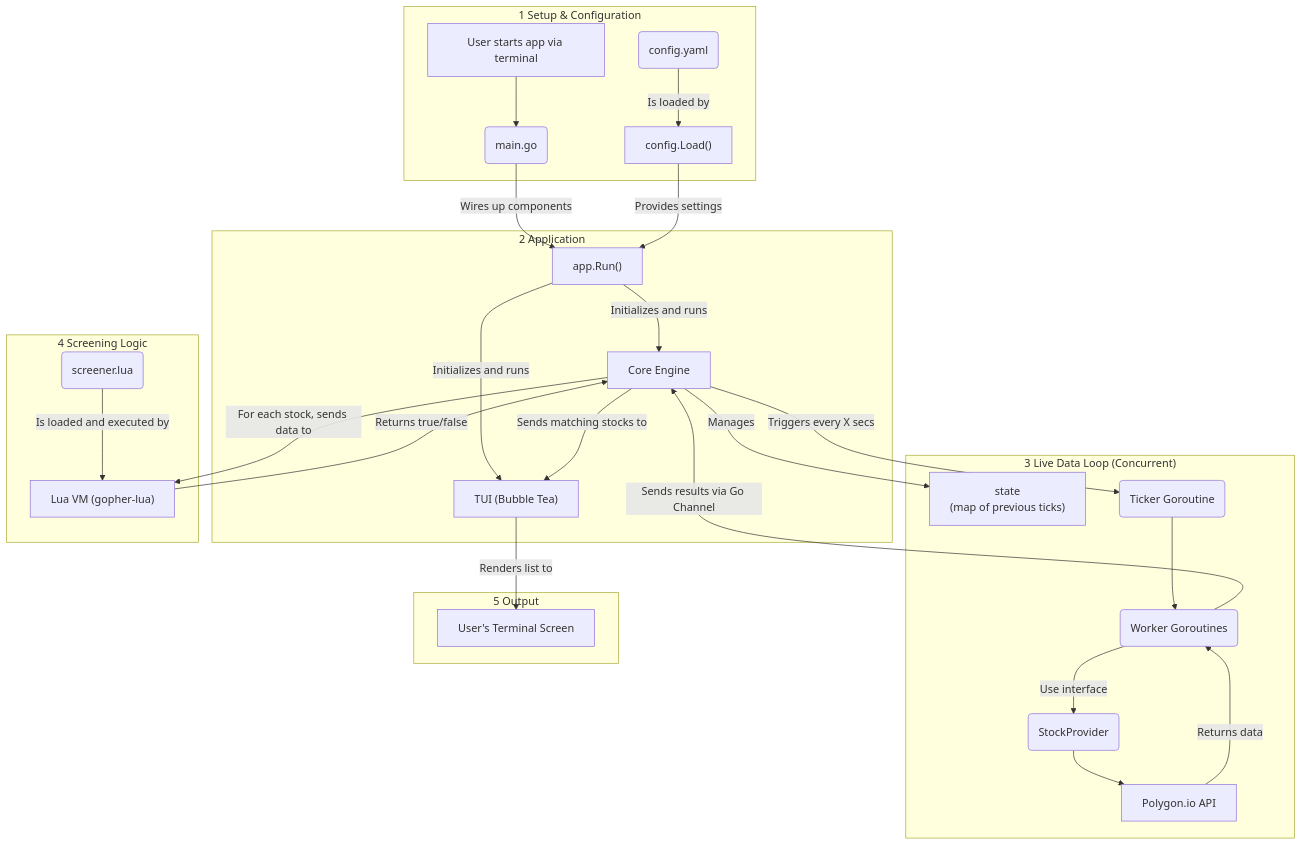
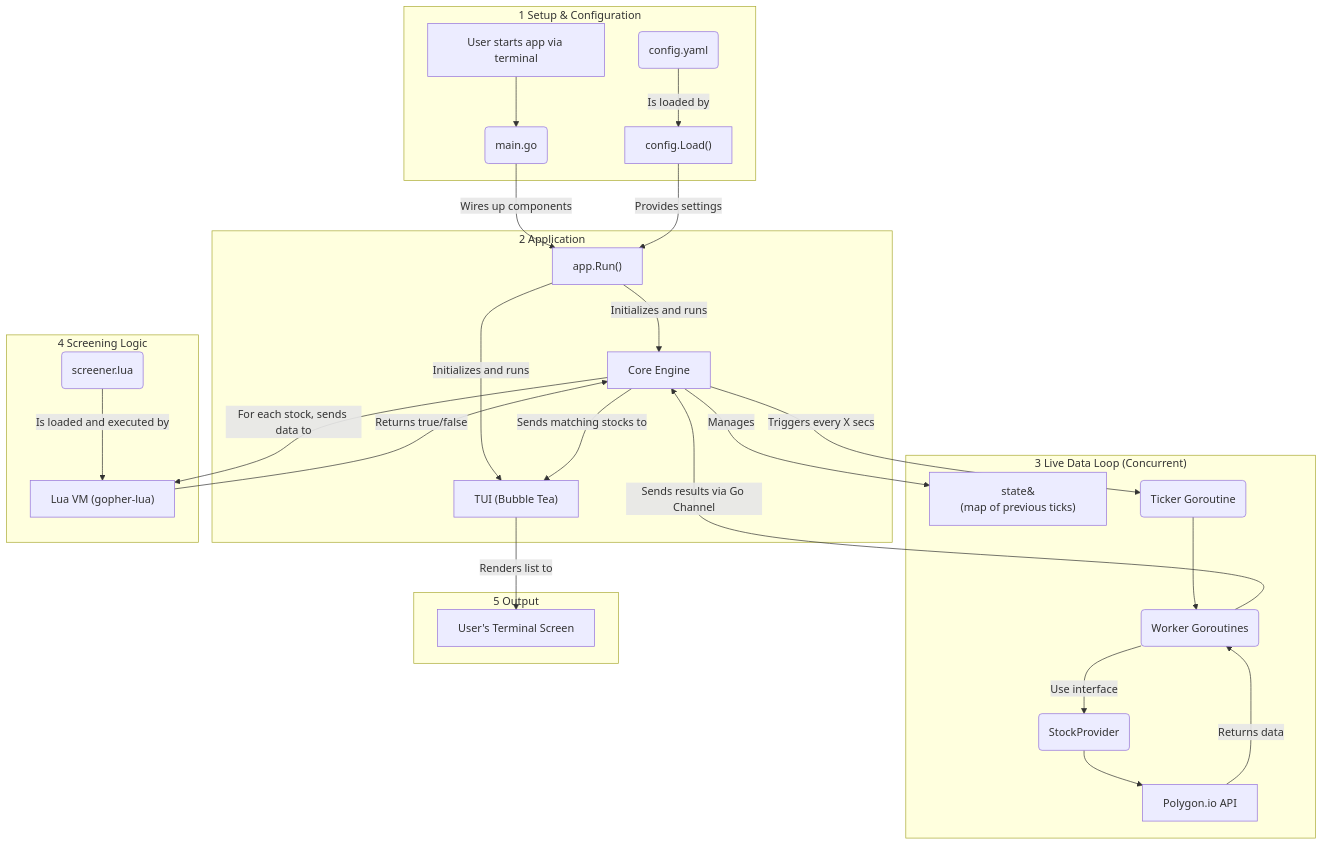
One commit to binarypath/stocktopus changed the diagram in README.md. Above: the diagram before and after it, drawn with Mermaid. The commit also changed other lines of this file, not shown here.

````diff
--- a/README.md
+++ b/README.md
@@ -35,32 +27,31 @@
 ```mermaid
 graph TD
-    subgraph "`1 Setup & Configuration`"
-        A["User starts app via terminal"] --> B("`main.go`")
-        C("config.yaml") -- "Is loaded by" --> D["`config.Load()`"]
+    subgraph "1 Setup & Configuration"
+        A["User starts app via terminal"] --> B("`main.go`");
+        C("config.yaml") -- "Is loaded by" --> D["`config.Load()`"];
     end
-    subgraph "`2 Application`"
+    subgraph "2 Application"
         B -- "Wires up components" --> E["`app.Run()`"];
         D -- "Provides settings" --> E;
         E -- "Initializes and runs" --> F["TUI (Bubble Tea)"];
         E -- "Initializes and runs" --> G["Core Engine"];
     end
-    subgraph "`3 Live Data Loop (Concurrent)`"
-        G -- "Manages" --> H["`state
-(map of previous ticks)`"];
+    subgraph "3 Live Data Loop (Concurrent)"
+        G -- "Manages" --> H["`state&#10;(map of previous ticks)`"];
         G -- "Triggers every X secs" --> I("Ticker Goroutine");
         I --> J("Worker Goroutines");
         J -- "Use interface" --> K("StockProvider");
         K --> L["Polygon.io API"];
         L -- "Returns data" --> J;
         J -- "Sends results via Go Channel" --> G;
     end
-    subgraph "`4 Screening Logic`"
+    subgraph "4 Screening Logic"
         G -- "For each stock, sends data to" --> M["Lua VM (gopher-lua)"];
         N("screener.lua") -- "Is loaded and executed by" --> M;
         M -- "Returns true/false" --> G;
     end
-    subgraph "`5 Output`"
+    subgraph "5 Output"
         G -- "Sends matching stocks to" --> F;
         F -- "Renders list to" --> O["User's Terminal Screen"];
     end
 ```
````
